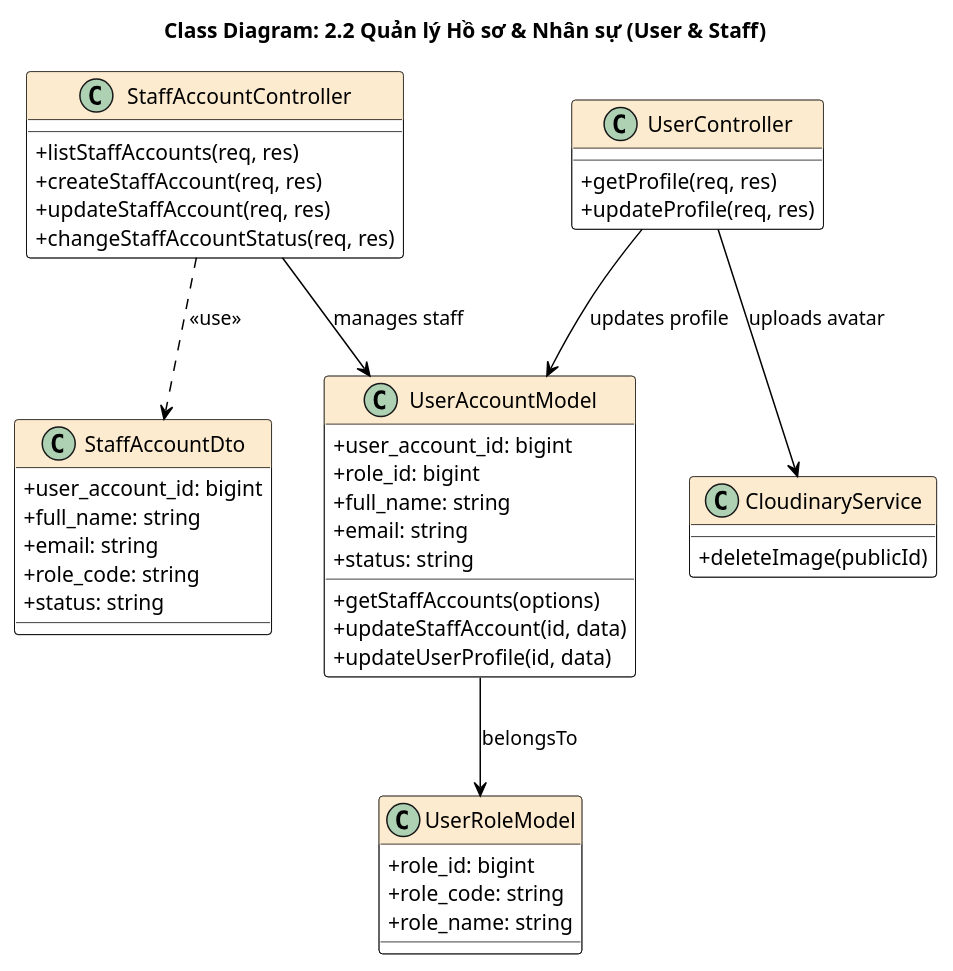
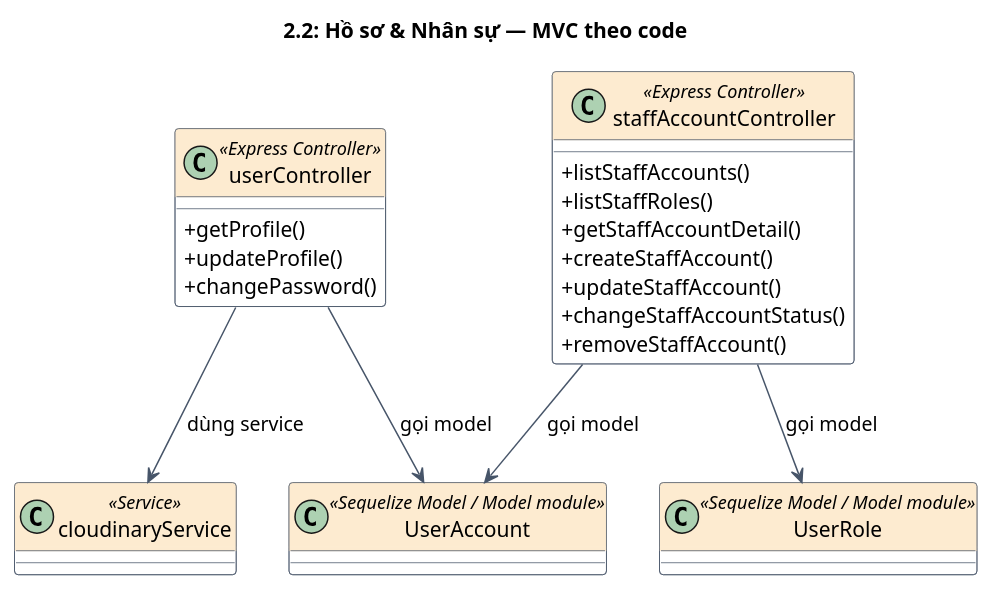
Before and after one commit to chuoois/FS-SIMS: the second of 14 diagrams in docs/classdiagrams.md, drawn with PlantUML. The commit also changed other lines of this file and 8 other files, not shown here.

````diff
--- a/docs/classdiagrams.md
+++ b/docs/classdiagrams.md
@@ -69,59 +51,38 @@
 ```plantuml
 @startuml
 skinparam classAttributeIconSize 0
 skinparam class {
-    BackgroundColor White
-    BorderColor Black
-    ArrowColor Black
-    HeaderBackgroundColor #FDEBD0
+  BackgroundColor White
+  BorderColor #475569
+  ArrowColor #475569
+  HeaderBackgroundColor #FDEBD0
 }
-title Class Diagram: 2.2 Quản lý Hồ sơ & Nhân sự (User & Staff)
+title 2.2: Hồ sơ & Nhân sự — MVC theo code
 
-class StaffAccountController {
-  +listStaffAccounts(req, res)
-  +createStaffAccount(req, res)
-  +updateStaffAccount(req, res)
-  +changeStaffAccountStatus(req, res)
+class userController <<Express Controller>> {
+  +getProfile()
+  +updateProfile()
+  +changePassword()
 }
 
-class UserController {
-  +getProfile(req, res)
-  +updateProfile(req, res)
+class staffAccountController <<Express Controller>> {
+  +listStaffAccounts()
+  +listStaffRoles()
+  +getStaffAccountDetail()
+  +createStaffAccount()
+  +updateStaffAccount()
+  +changeStaffAccountStatus()
+  +removeStaffAccount()
 }
 
-class CloudinaryService {
-  +deleteImage(publicId)
-}
+class UserAccount <<Sequelize Model / Model module>>
 
-class UserAccountModel {
-  +user_account_id: bigint
-  +role_id: bigint
-  +full_name: string
-  +email: string
-  +status: string
-  +getStaffAccounts(options)
-  +updateStaffAccount(id, data)
-  +updateUserProfile(id, data)
-}
+class UserRole <<Sequelize Model / Model module>>
 
-class UserRoleModel {
-  +role_id: bigint
-  +role_code: string
-  +role_name: string
-}
-
-class StaffAccountDto {
-  +user_account_id: bigint
-  +full_name: string
-  +email: string
-  +role_code: string
-  +status: string
-}
-
-StaffAccountController --> UserAccountModel : manages staff
-UserController --> UserAccountModel : updates profile
-UserController --> CloudinaryService : uploads avatar
-StaffAccountController ..> StaffAccountDto : <<use>>
-UserAccountModel --> UserRoleModel : belongsTo
+class cloudinaryService <<Service>>
+userController --> UserAccount : gọi model
+userController --> cloudinaryService : dùng service
+staffAccountController --> UserAccount : gọi model
+staffAccountController --> UserRole : gọi model
 @enduml
 ```
````
